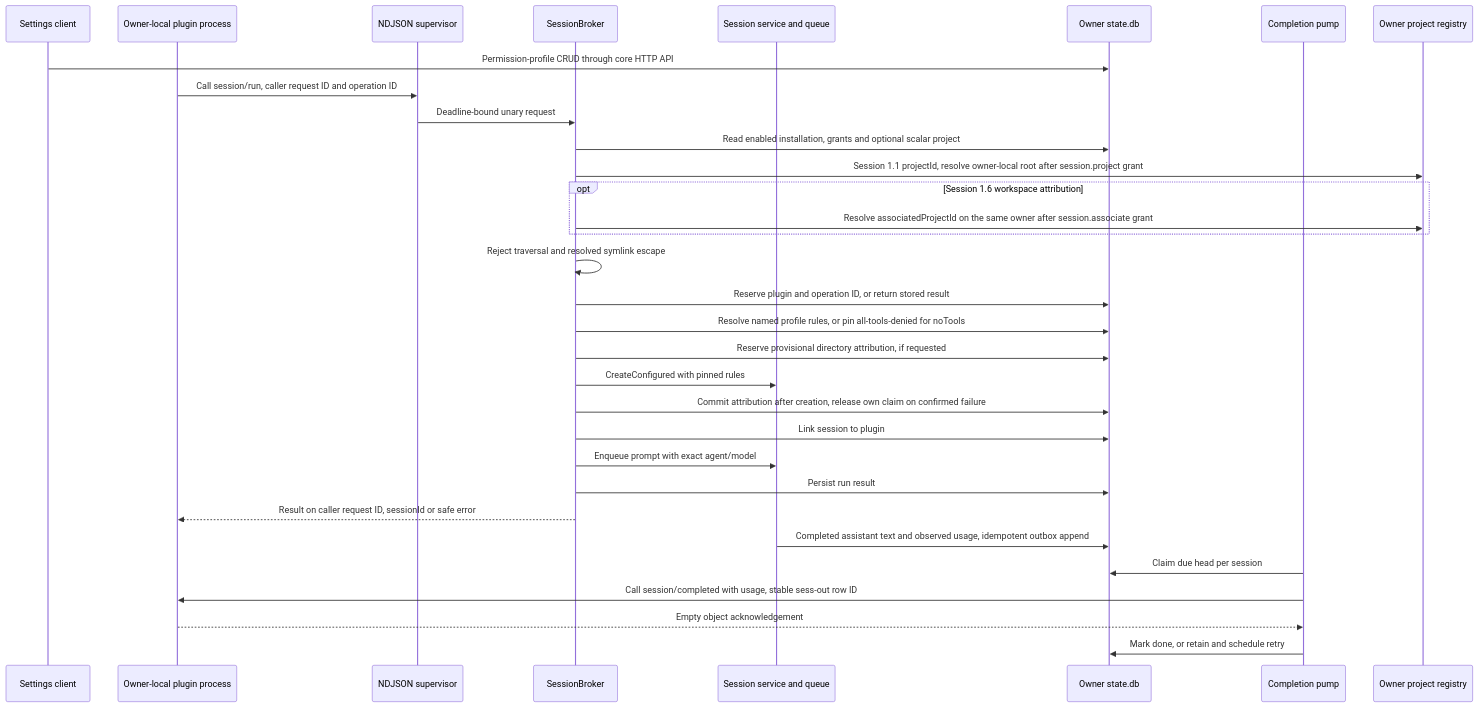
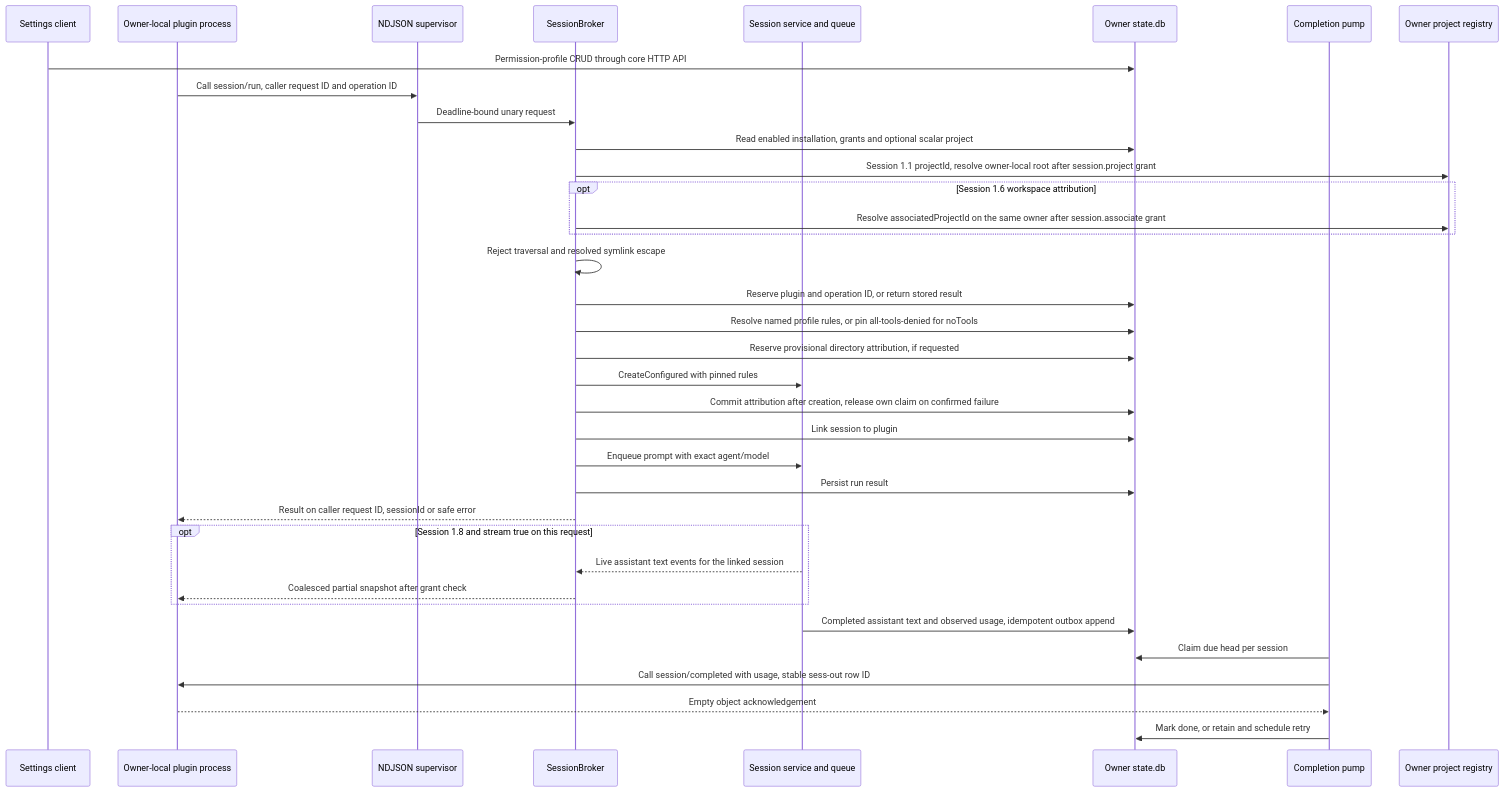
Diagram 19 of 19 in docs/other/architecture.md (ocman/ocman), drawn with Mermaid before and after one commit. The commit also changed other lines of this file and 25 other files, not shown here.

Commit message:
feat(plugins): stream opt-in assistant previews

````diff
--- a/docs/other/architecture.md
+++ b/docs/other/architecture.md
@@ -2230,35 +2230,39 @@
 ```mermaid
 sequenceDiagram
     participant U as Settings client
     participant P as Owner-local plugin process
     participant T as NDJSON supervisor
     participant B as SessionBroker
     participant S as Session service and queue
     participant D as Owner state.db
     participant O as Completion pump
     participant R as Owner project registry
 
     U->>D: Permission-profile CRUD through core HTTP API
     P->>T: Call session/run, caller request ID and operation ID
     T->>B: Deadline-bound unary request
     B->>D: Read enabled installation, grants and optional scalar project
     B->>R: Session 1.1 projectId, resolve owner-local root after session.project grant
     opt Session 1.6 workspace attribution
         B->>R: Resolve associatedProjectId on the same owner after session.associate grant
     end
     B->>B: Reject traversal and resolved symlink escape
     B->>D: Reserve plugin and operation ID, or return stored result
     B->>D: Resolve named profile rules, or pin all-tools-denied for noTools
     B->>D: Reserve provisional directory attribution, if requested
     B->>S: CreateConfigured with pinned rules
     B->>D: Commit attribution after creation, release own claim on confirmed failure
     B->>D: Link session to plugin
     B->>S: Enqueue prompt with exact agent/model
     B->>D: Persist run result
     B-->>P: Result on caller request ID, sessionId or safe error
+    opt Session 1.8 and stream true on this request
+        S-->>B: Live assistant text events for the linked session
+        B-->>P: Coalesced partial snapshot after grant check
+    end
     S->>D: Completed assistant text and observed usage, idempotent outbox append
     O->>D: Claim due head per session
     O->>P: Call session/completed with usage, stable sess-out row ID
     P-->>O: Empty object acknowledgement
     O->>D: Mark done, or retain and schedule retry
 ```
````
